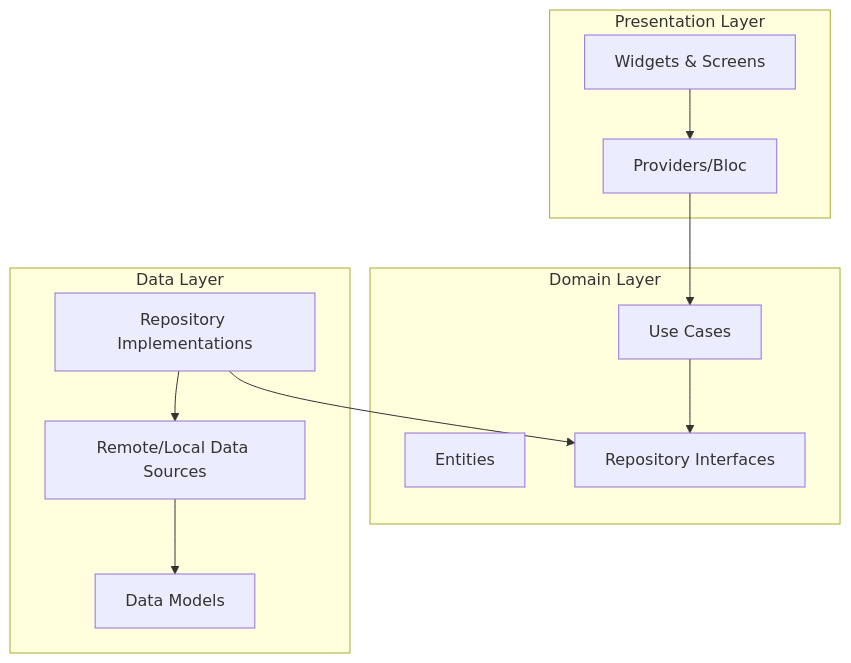
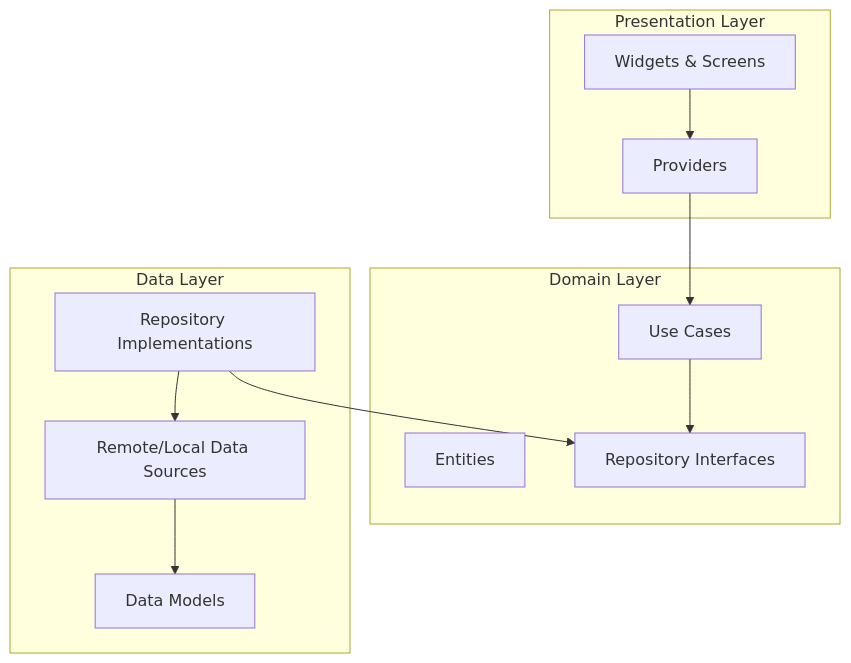
The second of 3 diagrams in README.md (widgetwalker/airsense5g), drawn with Mermaid before and after one commit. The commit also changed other lines of this file, not shown here.

````diff
--- a/README.md
+++ b/README.md
@@ -44,24 +61,24 @@
 ```mermaid
 graph TD
     subgraph Presentation Layer
         UI[Widgets & Screens]
-        State[Providers/Bloc]
+        State[Providers]
     end
     subgraph Domain Layer
         Entities[Entities]
         UseCases[Use Cases]
         ReposInterfaces[Repository Interfaces]
     end
     subgraph Data Layer
         Models[Data Models]
         ReposImpl[Repository Implementations]
         DataSources[Remote/Local Data Sources]
     end
 
     UI --> State
     State --> UseCases
     UseCases --> ReposInterfaces
     ReposImpl --> ReposInterfaces
     ReposImpl --> DataSources
     DataSources --> Models
 ```
````
